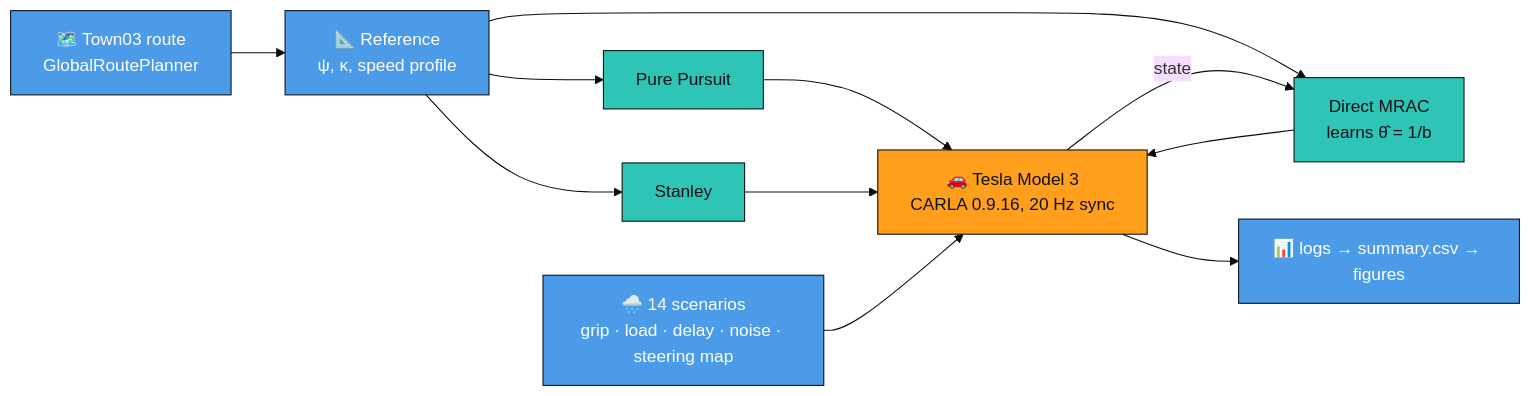
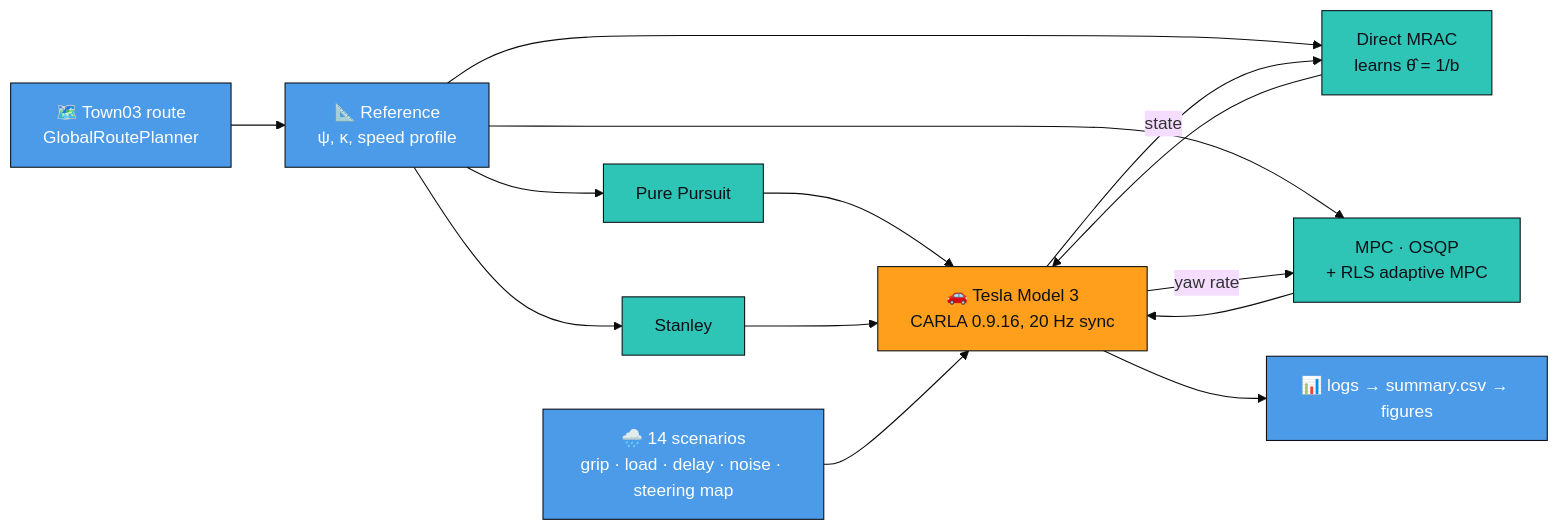
One commit to munavirzaman-git/carla-adaptive-path-tracking changed the diagram in README.md. Above: the diagram before and after it, drawn with Mermaid (base theme). The commit also changed other lines of this file and 12 other files, not shown here.

Commit message:
Add linear MPC and relative adaptive MPC (OSQP, delay compensation, RLS) with full results

````diff
--- a/README.md
+++ b/README.md
@@ -137,19 +142,22 @@
 ```mermaid
 flowchart LR
     R["🗺️ Town03 route<br/>GlobalRoutePlanner"] --> P["📐 Reference<br/>ψ, κ, speed profile"]
     P --> PP["Pure Pursuit"]
     P --> ST["Stanley"]
     P --> MR["Direct MRAC<br/>learns θ̂ = 1/b"]
+    P --> MP["MPC · OSQP<br/>+ RLS adaptive MPC"]
     PP --> V["🚗 Tesla Model 3<br/>CARLA 0.9.16, 20 Hz sync"]
     ST --> V
     MR --> V
+    MP --> V
     S["🌧️ 14 scenarios<br/>grip · load · delay · noise · steering map"] --> V
     V -->|state| MR
+    V -->|yaw rate| MP
     V --> L["📊 logs → summary.csv → figures"]
     classDef ctl fill:#2EC4B6,stroke:#0d1117,color:#0d1117;
     classDef car fill:#FF9F1C,stroke:#0d1117,color:#0d1117;
     classDef env fill:#4C9BE8,stroke:#0d1117,color:#ffffff;
-    class PP,ST,MR ctl
+    class PP,ST,MR,MP ctl
     class V car
     class R,P,S,L env
 ```
````
